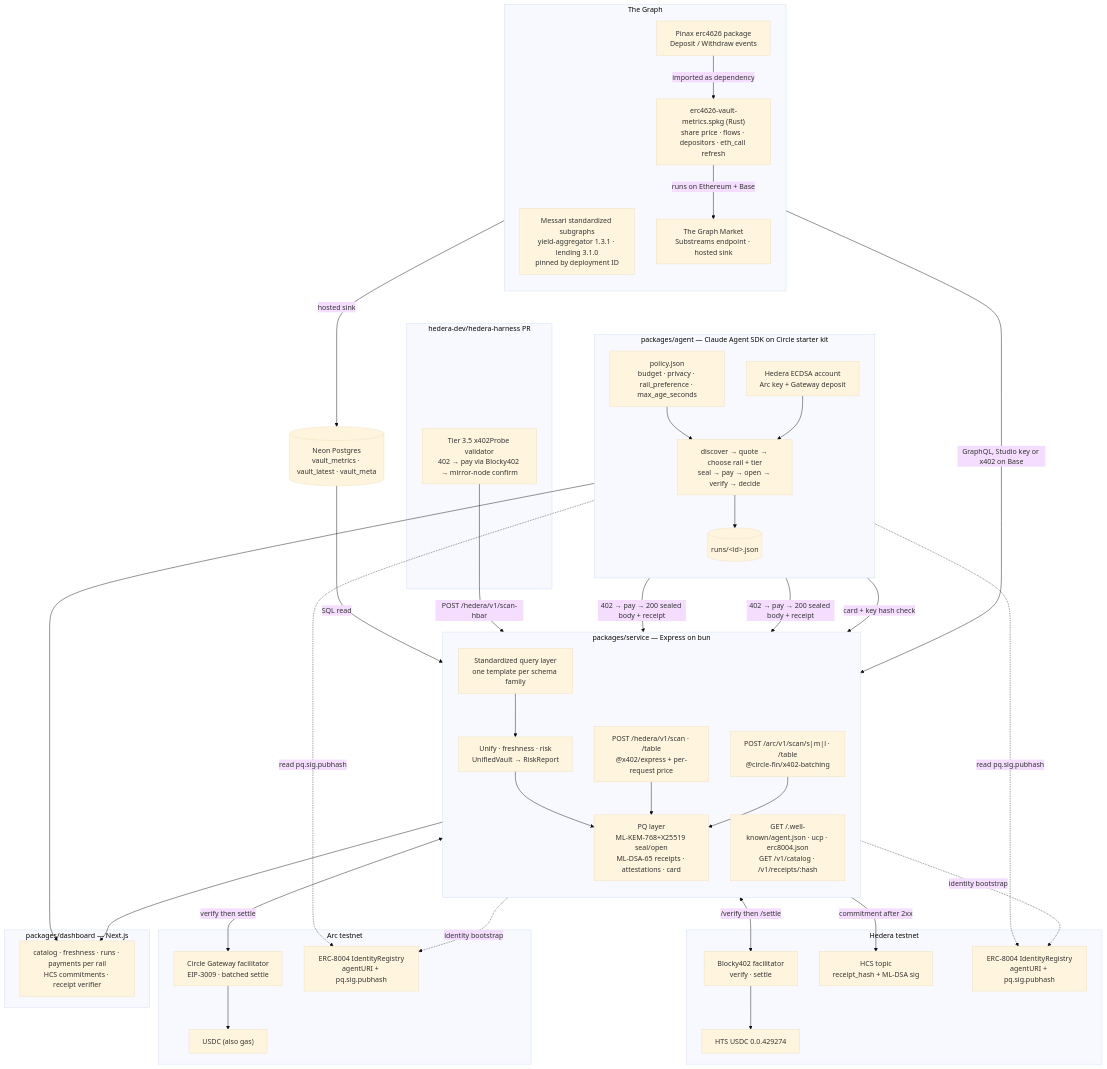
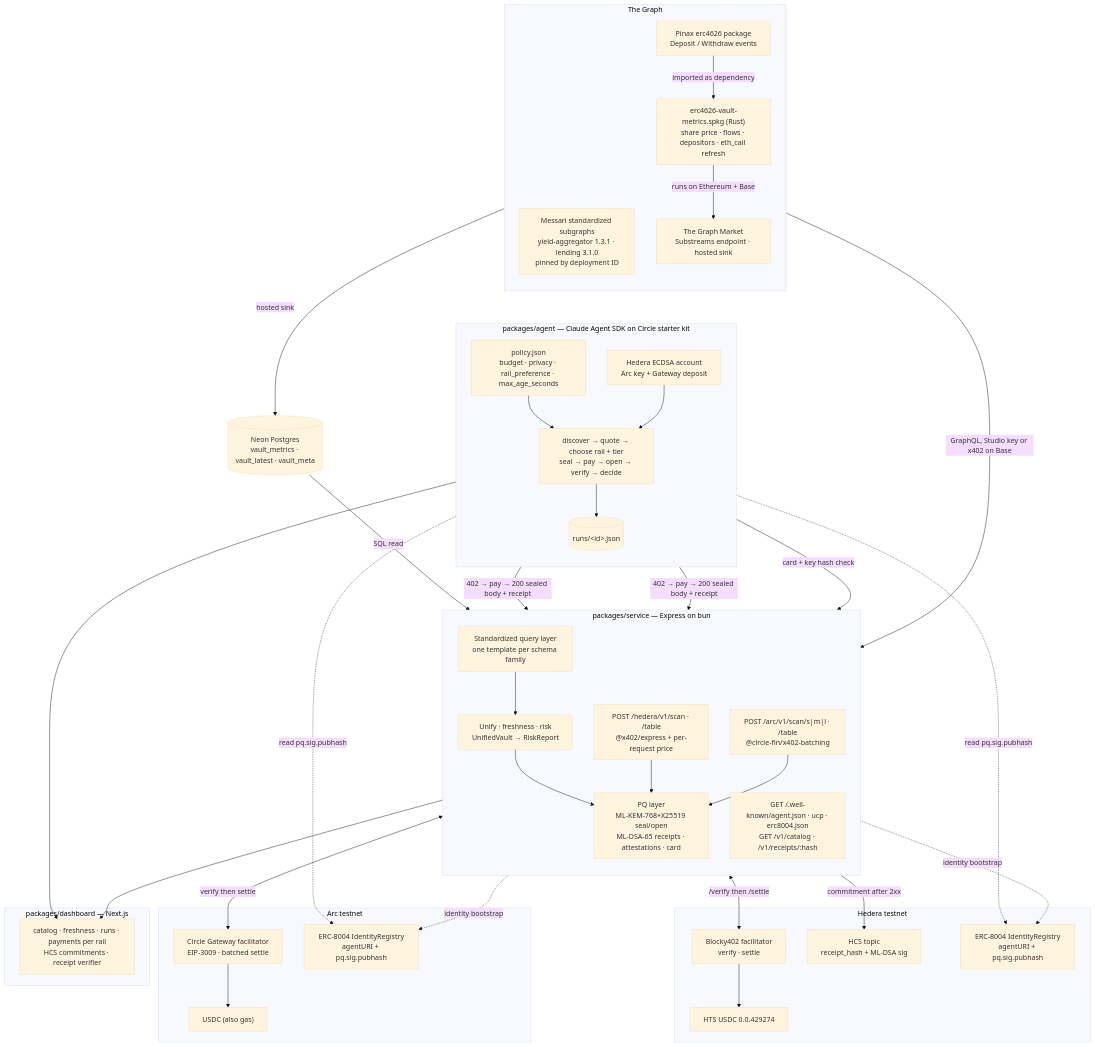
One commit to rahuljaguste/vault-radar changed the first of 2 diagrams in docs/architecture.md. Above: the diagram before and after it, drawn with Mermaid (base theme). The commit also changed other lines of this file and 8 other files, not shown here.

````diff
--- a/docs/architecture.md
+++ b/docs/architecture.md
@@ -7,80 +9,75 @@
 ```mermaid
 flowchart TB
   subgraph GRAPH["The Graph"]
     direction TB
     MESSARI["Messari standardized subgraphs<br/>yield-aggregator 1.3.1 · lending 3.1.0<br/>pinned by deployment ID"]
     MARKET["The Graph Market<br/>Substreams endpoint · hosted sink"]
     PINAX["Pinax erc4626 package<br/>Deposit / Withdraw events"]
     SPKG["erc4626-vault-metrics.spkg (Rust)<br/>share price · flows · depositors · eth_call refresh"]
     PINAX -->|imported as dependency| SPKG
     SPKG -->|runs on Ethereum + Base| MARKET
   end
 
   NEON[("Neon Postgres<br/>vault_metrics · vault_latest · vault_meta")]
   MARKET -->|hosted sink| NEON
 
   subgraph SERVICE["packages/service — Express on bun"]
     direction TB
     QUERY["Standardized query layer<br/>one template per schema family"]
     UNIFY["Unify · freshness · risk<br/>UnifiedVault → RiskReport"]
     PQ["PQ layer<br/>ML-KEM-768+X25519 seal/open<br/>ML-DSA-65 receipts · attestations · card"]
     HRAIL["POST /hedera/v1/scan · /table<br/>@x402/express + per-request price"]
     ARAIL["POST /arc/v1/scan/s|m|l · /table<br/>@circle-fin/x402-batching"]
     WK["GET /.well-known/agent.json · ucp · erc8004.json<br/>GET /v1/catalog · /v1/receipts/:hash"]
     QUERY --> UNIFY --> PQ
     HRAIL --> PQ
     ARAIL --> PQ
   end
 
   MESSARI -->|GraphQL, Studio key or x402 on Base| QUERY
   NEON -->|SQL read| QUERY
 
   subgraph HEDERA["Hedera testnet"]
     B402["Blocky402 facilitator<br/>verify · settle"]
     USDC_H["HTS USDC 0.0.429274"]
     HCS["HCS topic<br/>receipt_hash + ML-DSA sig"]
     ERC_H["ERC-8004 IdentityRegistry<br/>agentURI + pq.sig.pubhash"]
   end
 
   subgraph ARC["Arc testnet"]
     GW["Circle Gateway facilitator<br/>EIP-3009 · batched settle"]
     USDC_A["USDC (also gas)"]
     ERC_A["ERC-8004 IdentityRegistry<br/>agentURI + pq.sig.pubhash"]
   end
 
   HRAIL <-->|/verify then /settle| B402
   B402 --> USDC_H
   ARAIL <-->|verify then settle| GW
   GW --> USDC_A
   PQ -->|commitment after 2xx| HCS
   SERVICE -.->|identity bootstrap| ERC_H
   SERVICE -.->|identity bootstrap| ERC_A
 
   subgraph AGENT["packages/agent — Claude Agent SDK on Circle starter kit"]
     direction TB
     TOOLS["discover → quote → choose rail + tier<br/>seal → pay → open → verify → decide"]
     POLICY["policy.json<br/>budget · privacy · rail_preference · max_age_seconds"]
     WALLETS["Hedera ECDSA account<br/>Arc key + Gateway deposit"]
     RUNS[("runs/&lt;id&gt;.json")]
     POLICY --> TOOLS
     WALLETS --> TOOLS
     TOOLS --> RUNS
   end
 
   TOOLS -->|402 → pay → 200 sealed body + receipt| HRAIL
   TOOLS -->|402 → pay → 200 sealed body + receipt| ARAIL
   TOOLS -->|card + key hash check| WK
   TOOLS -.->|read pq.sig.pubhash| ERC_H
   TOOLS -.->|read pq.sig.pubhash| ERC_A
 
   subgraph DASH["packages/dashboard — Next.js"]
     UI["catalog · freshness · runs · payments per rail<br/>HCS commitments · receipt verifier"]
   end
   WK --> UI
   RUNS --> UI
-
-  subgraph HARNESS["hedera-dev/hedera-harness PR"]
-    PROBE["Tier 3.5 x402Probe validator<br/>402 → pay via Blocky402 → mirror-node confirm"]
-  end
-  PROBE -->|POST /hedera/v1/scan-hbar| HRAIL
 ```
````
